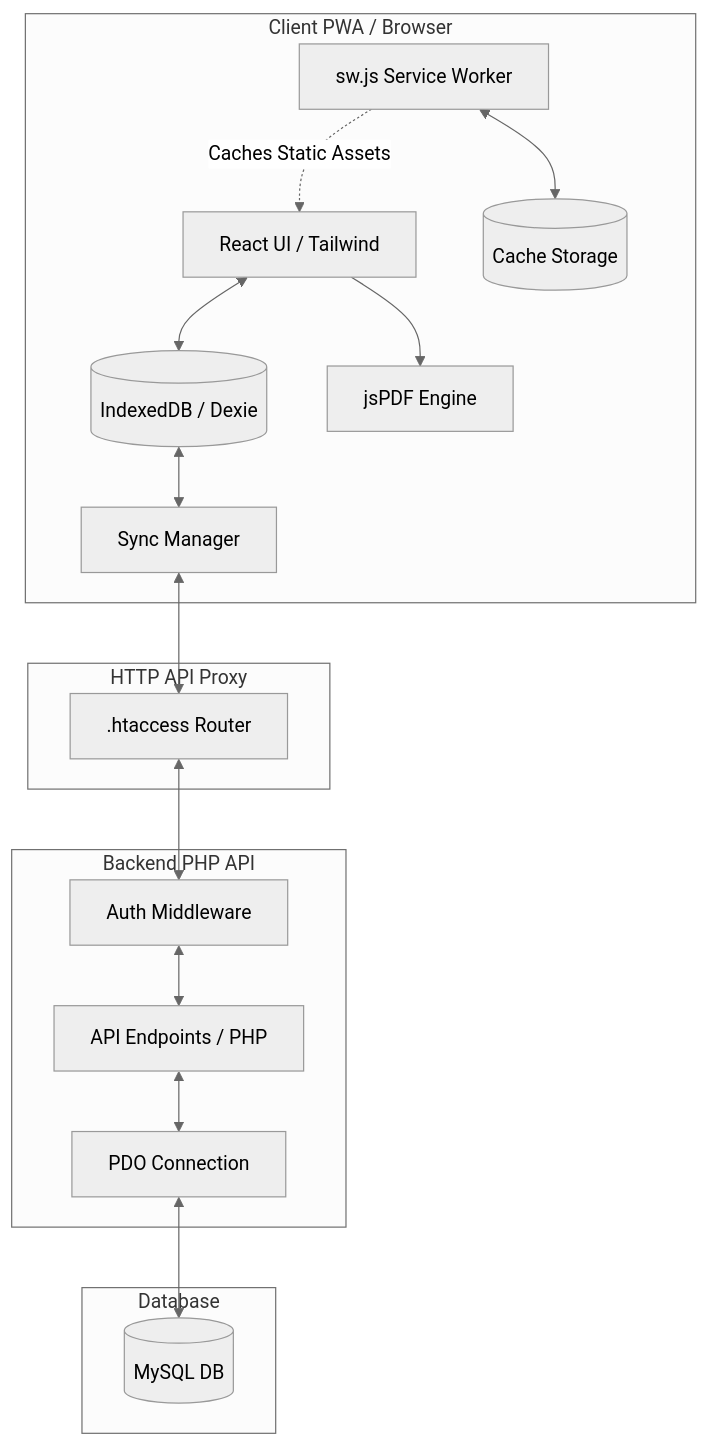
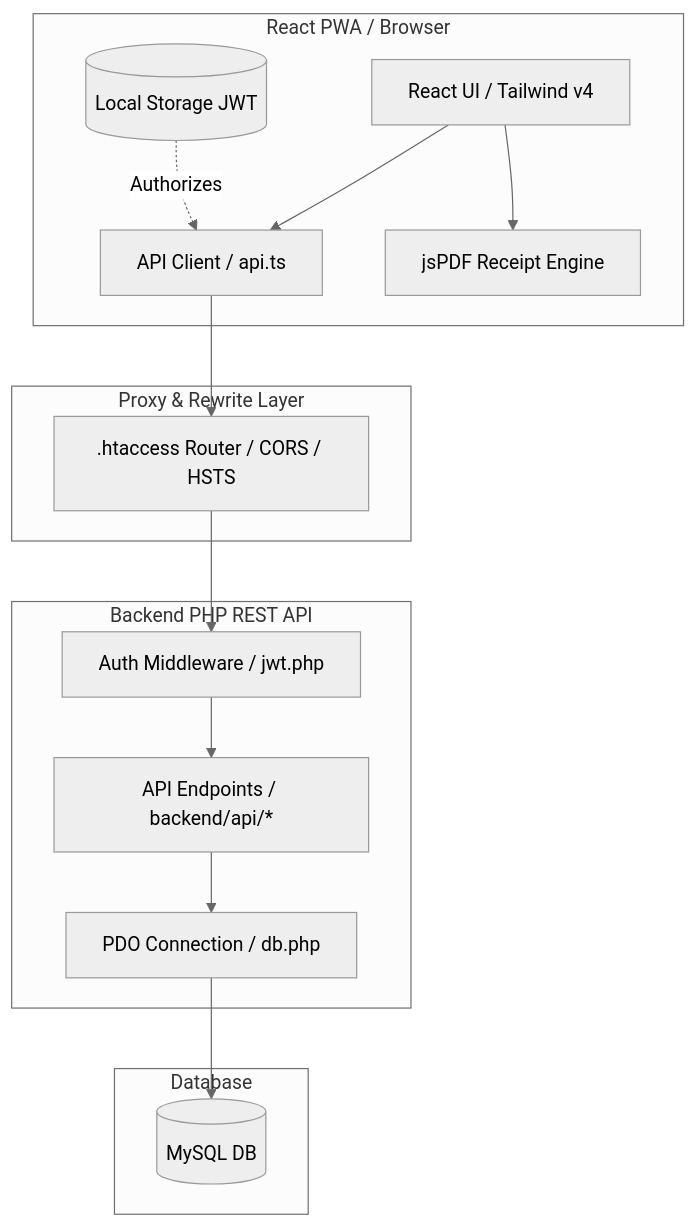
The diagram in analysis_results.md (sk-mallick/Money-Collection-2K), drawn with Mermaid (neutral theme) before and after one commit. The commit also changed other lines of this file and 3 other files, not shown here.

Commit message:
feat: implement students and rollover API endpoints to support database synchronization

````diff
--- a/analysis_results.md
+++ b/analysis_results.md
@@ -25,30 +18,28 @@
 ```mermaid
 graph TD
-    subgraph Client [Client PWA / Browser]
-        UI[React UI / Tailwind] <--> DB[(IndexedDB / Dexie)]
-        UI --> PDF[jsPDF Engine]
-        DB <--> Sync[Sync Manager]
-        SW[sw.js Service Worker] <--> Cache[(Cache Storage)]
+    subgraph Client [React PWA / Browser]
+        UI[React UI / Tailwind v4] --> API_Client[API Client / api.ts]
+        UI --> PDF[jsPDF Receipt Engine]
+        LS[(Local Storage JWT)] -. Authorizes .-> API_Client
     end
     
-    subgraph Network [HTTP API Proxy]
-        Rewrite[.htaccess Router]
+    subgraph Proxy [Proxy & Rewrite Layer]
+        Ht[.htaccess Router / CORS / HSTS]
     end
 
-    subgraph Server [Backend PHP API]
-        Auth[Auth Middleware]
-        API[API Endpoints / PHP]
-        Conn[PDO Connection]
+    subgraph Server [Backend PHP REST API]
+        Auth[Auth Middleware / jwt.php]
+        Endpoints[API Endpoints / backend/api/*]
+        DB_Conn[PDO Connection / db.php]
     end
 
     subgraph Storage [Database]
         MySQL[(MySQL DB)]
     end
 
-    Sync <--> Rewrite
-    Rewrite <--> Auth
-    Auth <--> API
-    API <--> Conn
-    Conn <--> MySQL
-    SW -. Caches Static Assets .-> UI
+    API_Client --> Ht
+    Ht --> Auth
+    Auth --> Endpoints
+    Endpoints --> DB_Conn
+    DB_Conn --> MySQL
 ```
````
